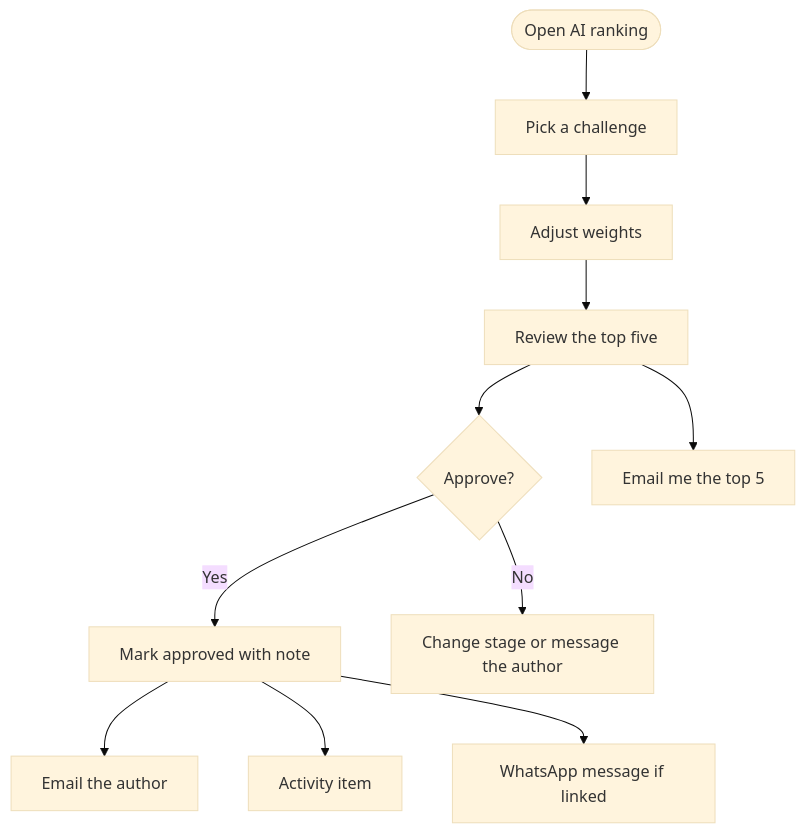
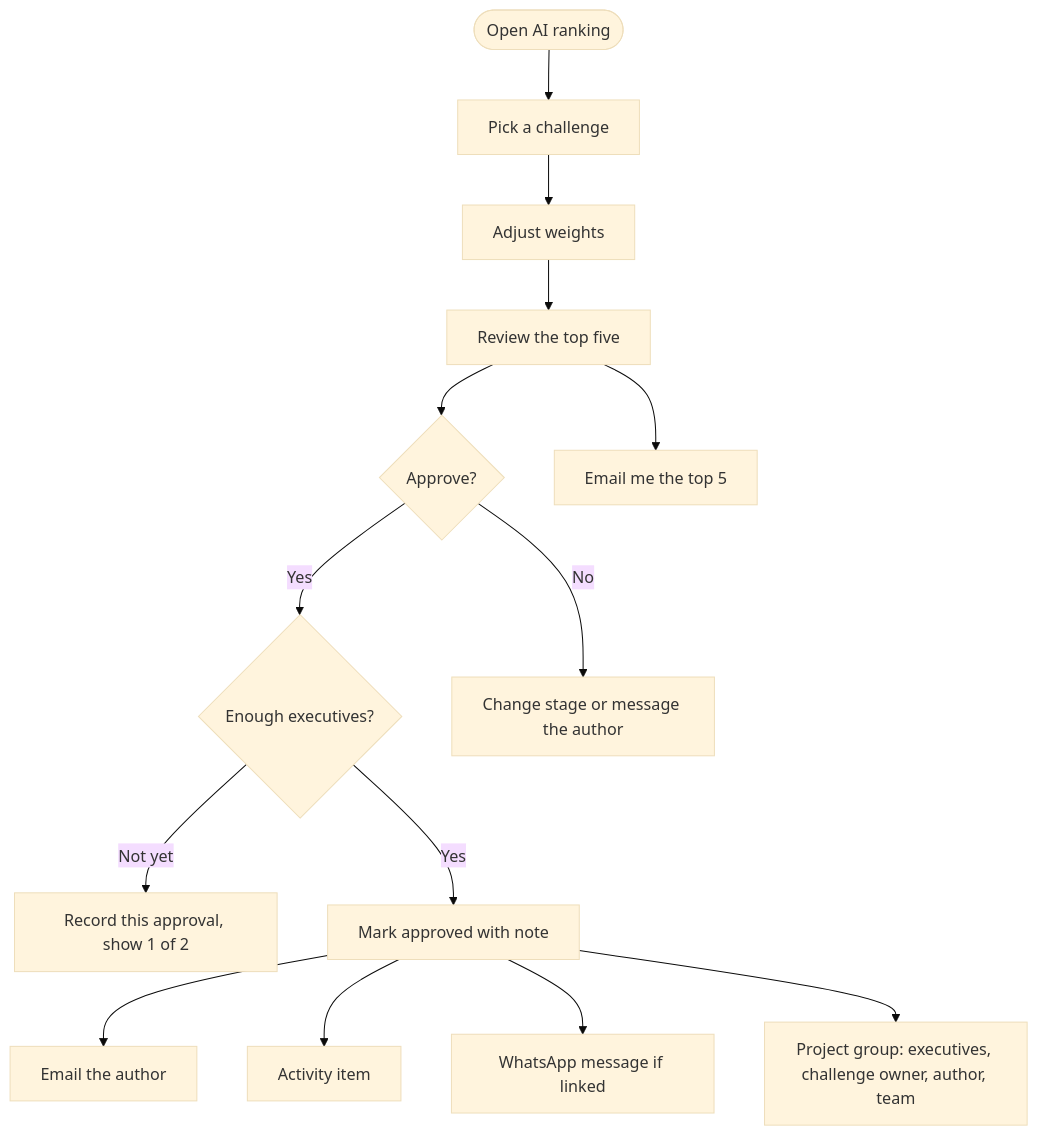
One commit to Nqobileee/zb-idea-manager changed the eighth of 18 diagrams in docs/DOCUMENTATION.md. Above: the diagram before and after it, drawn with Mermaid (base theme). The commit also changed other lines of this file and 35 other files, not shown here.

First line of the commit message:
Add teams, group decisions, project groups; fix search and filter

````diff
--- a/docs/DOCUMENTATION.md
+++ b/docs/DOCUMENTATION.md
@@ -360,13 +368,16 @@
 ```mermaid
 flowchart TD
     S([Open AI ranking]) --> C[Pick a challenge]
     C --> W[Adjust weights]
     W --> R[Review the top five]
     R --> D{Approve?}
-    D -->|Yes| AP[Mark approved with note]
+    D -->|Yes| GD{Enough executives?}
+    GD -->|Not yet| VR[Record this approval, show 1 of 2]
+    GD -->|Yes| AP[Mark approved with note]
     AP --> EM[Email the author]
     AP --> NT[Activity item]
     AP --> WA[WhatsApp message if linked]
+    AP --> PG[Project group: executives, challenge owner, author, team]
     D -->|No| ST[Change stage or message the author]
     R --> DG[Email me the top 5]
 ```
````
